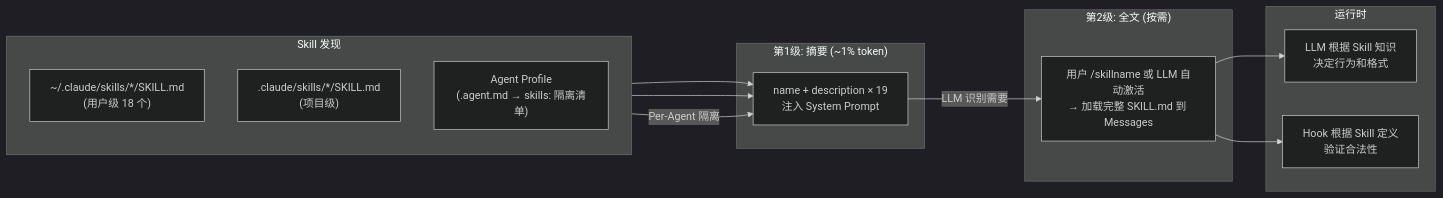
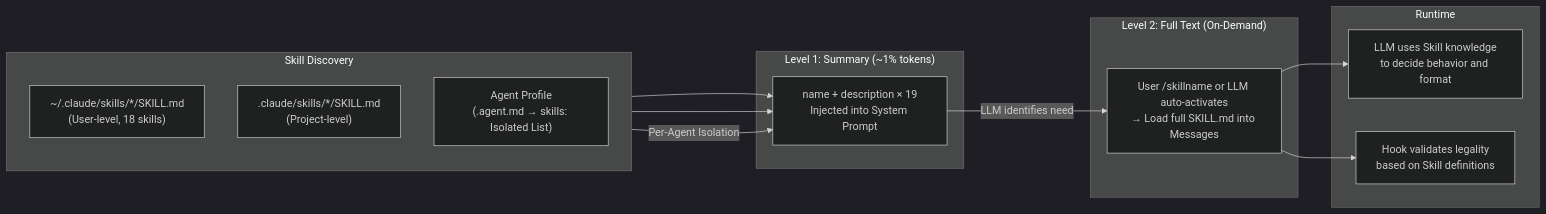
Before and after one commit to cintia09/CodeNook: the fourth of 4 diagrams in docs/claude-code-flow.md, drawn with Mermaid (dark theme). The commit also changed other lines of this file and 12 other files, not shown here.

````diff
--- a/docs/claude-code-flow.md
+++ b/docs/claude-code-flow.md
@@ -227,27 +227,27 @@
 ```mermaid
 flowchart LR
-    subgraph Load["Skill 发现"]
+    subgraph Load["Skill Discovery"]
         direction TB
-        L1["~/.claude/skills/*/SKILL.md<br/>(用户级 18 个)"]
-        L2[".claude/skills/*/SKILL.md<br/>(项目级)"]
-        L3["Agent Profile<br/>(.agent.md → skills: 隔离清单)"]
+        L1["~/.claude/skills/*/SKILL.md<br/>(User-level, 18 skills)"]
+        L2[".claude/skills/*/SKILL.md<br/>(Project-level)"]
+        L3["Agent Profile<br/>(.agent.md → skills: Isolated List)"]
     end
 
-    subgraph Level1["第1级: 摘要 (~1% token)"]
-        I1["name + description × 19<br/>注入 System Prompt"]
+    subgraph Level1["Level 1: Summary (~1% tokens)"]
+        I1["name + description × 19<br/>Injected into System Prompt"]
     end
 
-    subgraph Level2["第2级: 全文 (按需)"]
-        I4["用户 /skillname 或 LLM 自动激活<br/>→ 加载完整 SKILL.md 到 Messages"]
+    subgraph Level2["Level 2: Full Text (On-Demand)"]
+        I4["User /skillname or LLM auto-activates<br/>→ Load full SKILL.md into Messages"]
     end
 
-    subgraph Runtime["运行时"]
-        R1["LLM 根据 Skill 知识<br/>决定行为和格式"]
-        R2["Hook 根据 Skill 定义<br/>验证合法性"]
+    subgraph Runtime["Runtime"]
+        R1["LLM uses Skill knowledge<br/>to decide behavior and format"]
+        R2["Hook validates legality<br/>based on Skill definitions"]
     end
 
     L1 & L2 --> I1
-    L3 -->|"Per-Agent 隔离"| I1
-    I1 -->|"LLM 识别需要"| I4
+    L3 -->|"Per-Agent Isolation"| I1
+    I1 -->|"LLM identifies need"| I4
     I4 --> R1 & R2
 ```
````
